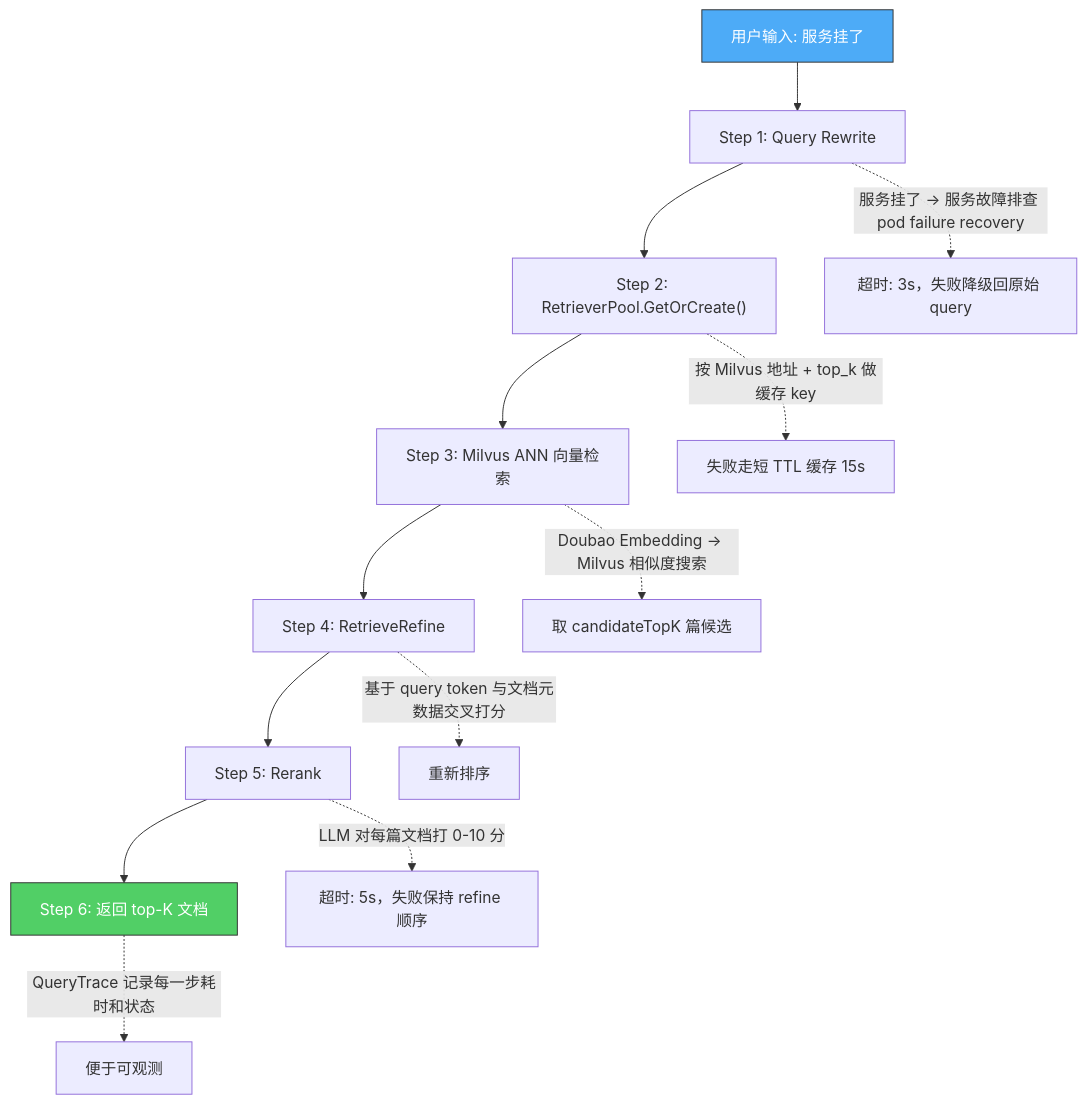
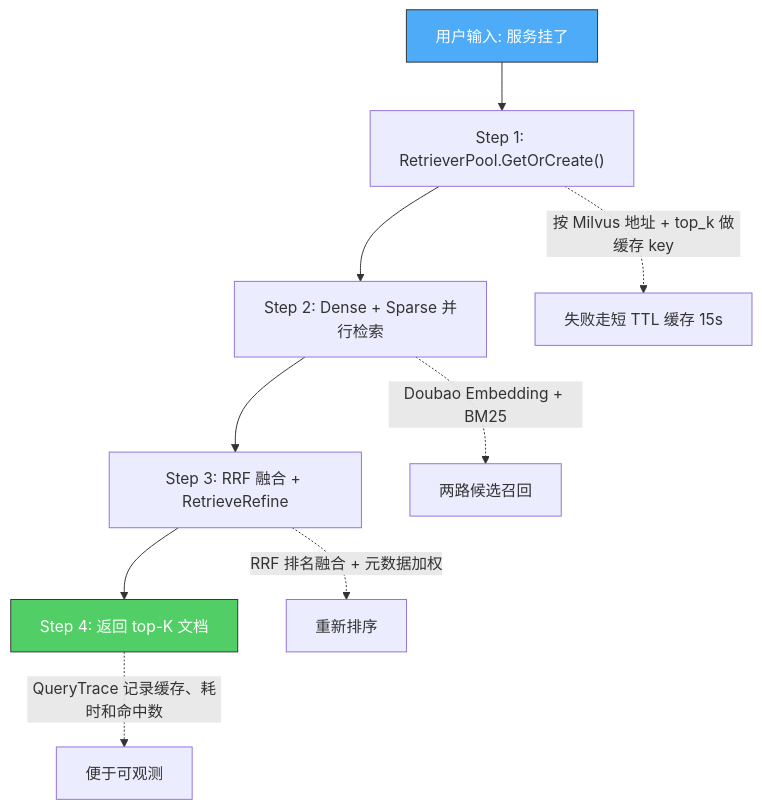
Before and after one commit to ZhangJYe/OpsCaptain: the third of 4 diagrams in Learn/tutorial/04-RAG检索系统.md, drawn with Mermaid. The commit also changed other lines of this file and 10 other files, not shown here.

````diff
--- a/Learn/tutorial/04-RAG检索系统.md
+++ b/Learn/tutorial/04-RAG检索系统.md
@@ -279,19 +273,15 @@
 ```mermaid
 graph TD
-    A["用户输入: 服务挂了"] --> B["Step 1: Query Rewrite"]
-    B --> C["Step 2: RetrieverPool.GetOrCreate()"]
-    C --> D["Step 3: Milvus ANN 向量检索"]
-    D --> E["Step 4: RetrieveRefine"]
-    E --> F["Step 5: Rerank"]
-    F --> G["Step 6: 返回 top-K 文档"]
+    A["用户输入: 服务挂了"] --> C["Step 1: RetrieverPool.GetOrCreate()"]
+    C --> D["Step 2: Dense + Sparse 并行检索"]
+    D --> E["Step 3: RRF 融合 + RetrieveRefine"]
+    E --> G["Step 4: 返回 top-K 文档"]
     
-    B -.->|"服务挂了 → 服务故障排查 pod failure recovery"| B1["超时: 3s，失败降级回原始 query"]
     C -.->|"按 Milvus 地址 + top_k 做缓存 key"| C1["失败走短 TTL 缓存 15s"]
-    D -.->|"Doubao Embedding → Milvus 相似度搜索"| D1["取 candidateTopK 篇候选"]
-    E -.->|"基于 query token 与文档元数据交叉打分"| E1["重新排序"]
-    F -.->|"LLM 对每篇文档打 0-10 分"| F1["超时: 5s，失败保持 refine 顺序"]
-    G -.->|"QueryTrace 记录每一步耗时和状态"| G1["便于可观测"]
+    D -.->|"Doubao Embedding + BM25"| D1["两路候选召回"]
+    E -.->|"RRF 排名融合 + 元数据加权"| E1["重新排序"]
+    G -.->|"QueryTrace 记录缓存、耗时和命中数"| G1["便于可观测"]
     
     style A fill:#4dabf7,stroke:#333,color:#fff
     style G fill:#51cf66,stroke:#333,color:#fff
 ```
````
